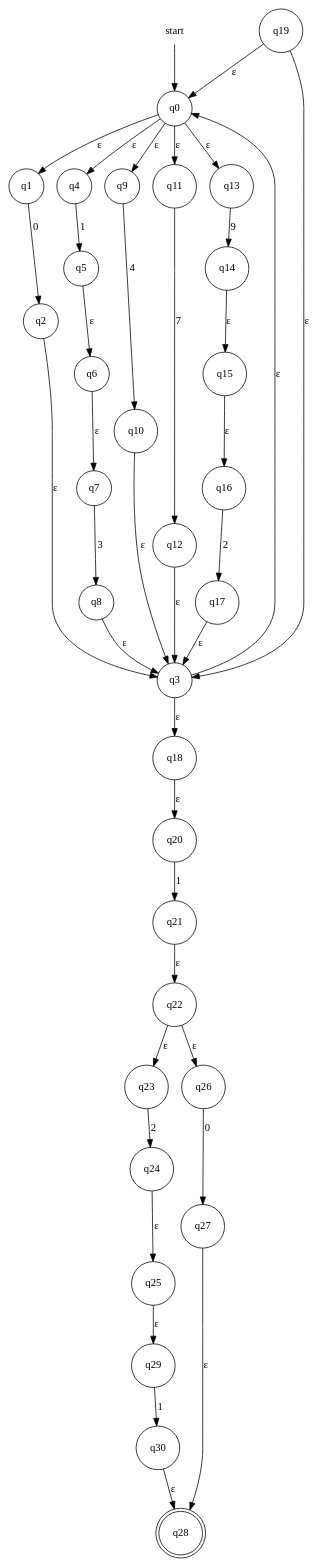
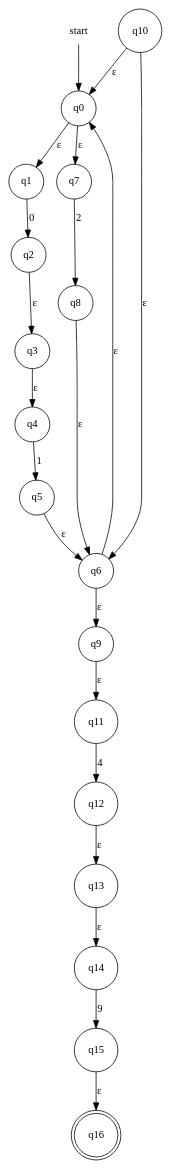
One commit to evertheylen/TA_TO changed the diagram in fase1/RE-eNFA/regex_9.dot. Above: the diagram before and after it, drawn with Graphviz. The commit also changed 19 other files, not shown here.

```diff
--- a/fase1/RE-eNFA/regex_9.dot
+++ b/fase1/RE-eNFA/regex_9.dot
@@ -1,43 +1,25 @@
 digraph automaton {
     node [shape=none]; start;
-    node [shape=doublecircle]; "q28";
+    node [shape=doublecircle]; "q16";
     node [shape=circle];
     start -> "q0";
     "q0" -> "q1" [label="&epsilon;"];
-    "q0" -> "q4" [label="&epsilon;"];
-    "q0" -> "q9" [label="&epsilon;"];
-    "q0" -> "q11" [label="&epsilon;"];
-    "q0" -> "q13" [label="&epsilon;"];
+    "q0" -> "q7" [label="&epsilon;"];
     "q1" -> "q2" [label="0"];
     "q2" -> "q3" [label="&epsilon;"];
-    "q3" -> "q0" [label="&epsilon;"];
-    "q3" -> "q18" [label="&epsilon;"];
+    "q3" -> "q4" [label="&epsilon;"];
     "q4" -> "q5" [label="1"];
     "q5" -> "q6" [label="&epsilon;"];
-    "q6" -> "q7" [label="&epsilon;"];
-    "q7" -> "q8" [label="3"];
-    "q8" -> "q3" [label="&epsilon;"];
-    "q9" -> "q10" [label="4"];
-    "q10" -> "q3" [label="&epsilon;"];
-    "q11" -> "q12" [label="7"];
-    "q12" -> "q3" [label="&epsilon;"];
-    "q13" -> "q14" [label="9"];
-    "q14" -> "q15" [label="&epsilon;"];
+    "q6" -> "q0" [label="&epsilon;"];
+    "q6" -> "q9" [label="&epsilon;"];
+    "q7" -> "q8" [label="2"];
+    "q8" -> "q6" [label="&epsilon;"];
+    "q9" -> "q11" [label="&epsilon;"];
+    "q10" -> "q0" [label="&epsilon;"];
+    "q10" -> "q6" [label="&epsilon;"];
+    "q11" -> "q12" [label="4"];
+    "q12" -> "q13" [label="&epsilon;"];
+    "q13" -> "q14" [label="&epsilon;"];
+    "q14" -> "q15" [label="9"];
     "q15" -> "q16" [label="&epsilon;"];
-    "q16" -> "q17" [label="2"];
-    "q17" -> "q3" [label="&epsilon;"];
-    "q18" -> "q20" [label="&epsilon;"];
-    "q19" -> "q0" [label="&epsilon;"];
-    "q19" -> "q3" [label="&epsilon;"];
-    "q20" -> "q21" [label="1"];
-    "q21" -> "q22" [label="&epsilon;"];
-    "q22" -> "q23" [label="&epsilon;"];
-    "q22" -> "q26" [label="&epsilon;"];
-    "q23" -> "q24" [label="2"];
-    "q24" -> "q25" [label="&epsilon;"];
-    "q25" -> "q29" [label="&epsilon;"];
-    "q26" -> "q27" [label="0"];
-    "q27" -> "q28" [label="&epsilon;"];
-    "q29" -> "q30" [label="1"];
-    "q30" -> "q28" [label="&epsilon;"];
 }
```
